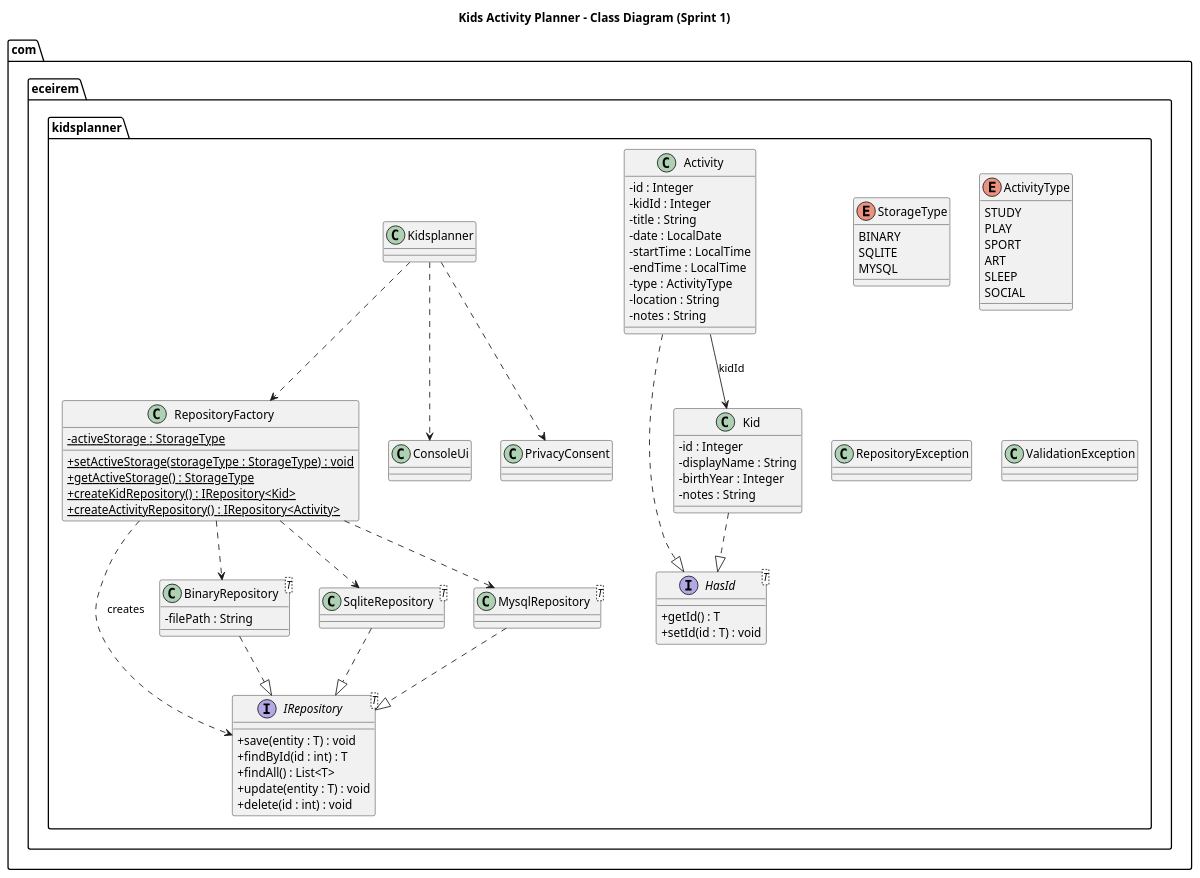
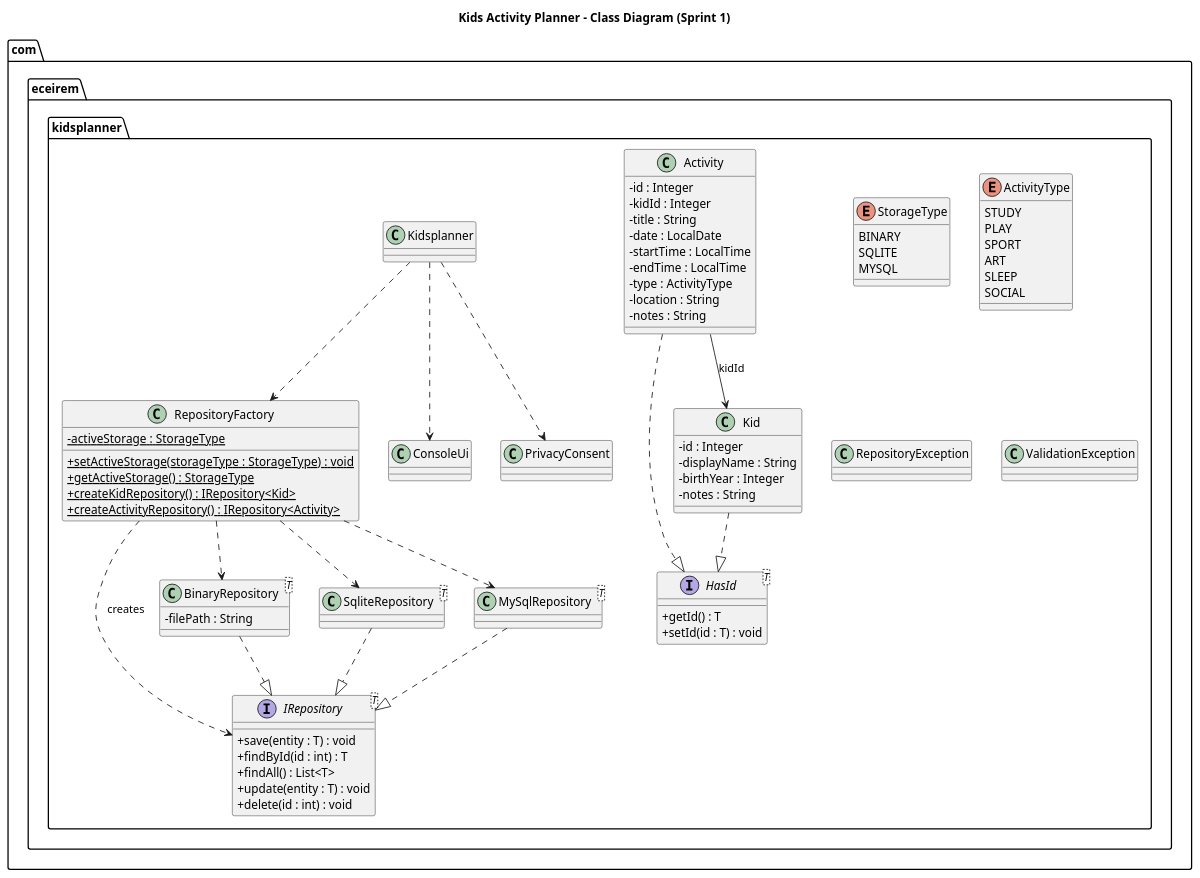
One commit to eceiremsas/cen206-2025-2026-16-eceirem-sas-java changed the diagram in class.puml. Above: the diagram before and after it, drawn with PlantUML. The commit also changed 13 other files, not shown here.

Commit message:
build(coverage): exclude MySqlRepository from JaCoCo

```diff
--- a/class.puml
+++ b/class.puml
@@ -1,93 +1,93 @@
 @startuml
 title Kids Activity Planner - Class Diagram (Sprint 1)
 
 skinparam classAttributeIconSize 0
 
 package "com.eceirem.kidsplanner" {
   interface HasId<T> {
     +getId() : T
     +setId(id : T) : void
   }
 
   interface IRepository<T> {
     +save(entity : T) : void
     +findById(id : int) : T
     +findAll() : List<T>
     +update(entity : T) : void
     +delete(id : int) : void
   }
 
   enum StorageType {
     BINARY
     SQLITE
     MYSQL
   }
 
   enum ActivityType {
     STUDY
     PLAY
     SPORT
     ART
     SLEEP
     SOCIAL
   }
 
   class Kid {
     -id : Integer
     -displayName : String
     -birthYear : Integer
     -notes : String
   }
 
   class Activity {
     -id : Integer
     -kidId : Integer
     -title : String
     -date : LocalDate
     -startTime : LocalTime
     -endTime : LocalTime
     -type : ActivityType
     -location : String
     -notes : String
   }
 
   class RepositoryFactory {
     {static} -activeStorage : StorageType
     {static} +setActiveStorage(storageType : StorageType) : void
     {static} +getActiveStorage() : StorageType
     {static} +createKidRepository() : IRepository<Kid>
     {static} +createActivityRepository() : IRepository<Activity>
   }
 
   class BinaryRepository<T> {
     -filePath : String
   }
 
   class SqliteRepository<T>
-  class MysqlRepository<T>
+  class MySqlRepository<T>
   class Kidsplanner
   class ConsoleUi
   class PrivacyConsent
   class RepositoryException
   class ValidationException
 }
 
 Kid ..|> HasId
 Activity ..|> HasId
 
 BinaryRepository ..|> IRepository
 SqliteRepository ..|> IRepository
-MysqlRepository ..|> IRepository
+MySqlRepository ..|> IRepository
 
 RepositoryFactory ..> IRepository : creates
 RepositoryFactory ..> BinaryRepository
 RepositoryFactory ..> SqliteRepository
-RepositoryFactory ..> MysqlRepository
+RepositoryFactory ..> MySqlRepository
 
 Kidsplanner ..> RepositoryFactory
 Kidsplanner ..> ConsoleUi
 Kidsplanner ..> PrivacyConsent
 
 Activity --> Kid : kidId
 
 @enduml
```
